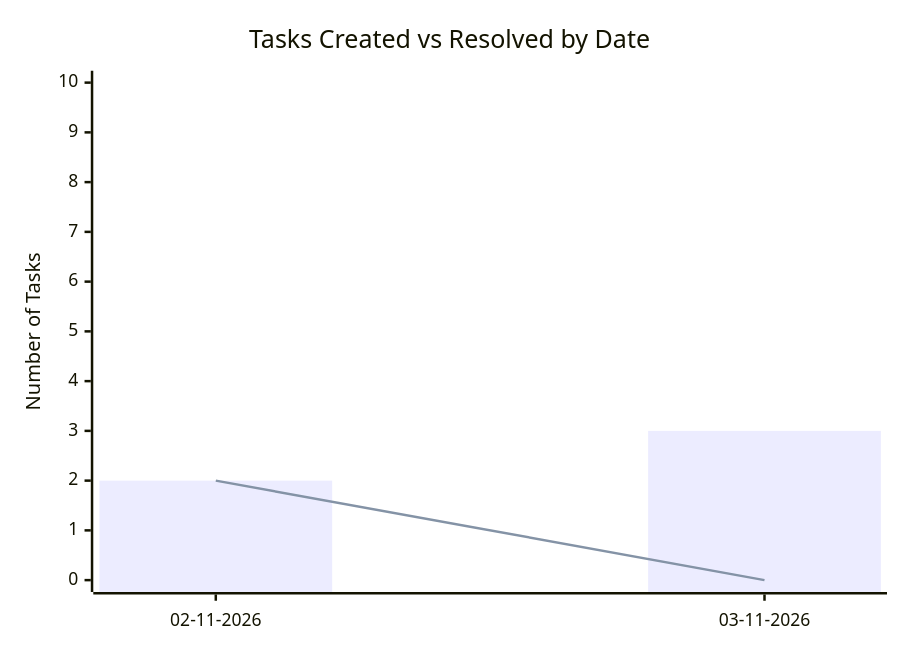
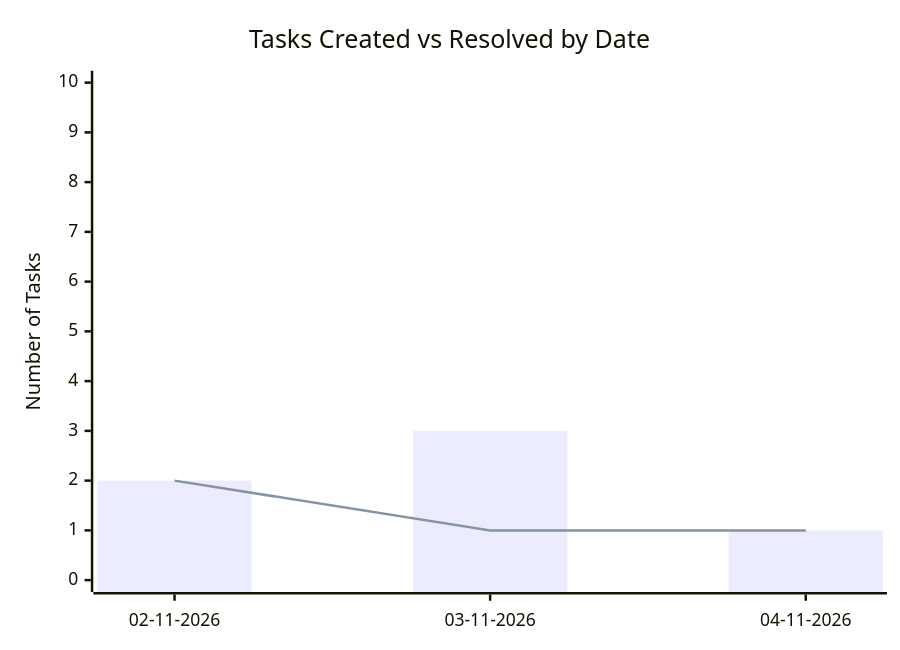
One commit to sagarms97/MyWorkDairy changed the second of 2 diagrams in KUD/Analytics.md. Above: the diagram before and after it, drawn with Mermaid. The commit also changed other lines of this file and 7 other files, not shown here.

````diff
--- a/KUD/Analytics.md
+++ b/KUD/Analytics.md
@@ -25,8 +26,8 @@
 ```mermaid
 xychart-beta
     title "Tasks Created vs Resolved by Date"
-    x-axis ["02-11-2026", "03-11-2026"]
+    x-axis ["02-11-2026", "03-11-2026", "04-11-2026"]
     y-axis "Number of Tasks" 0 --> 10
-    bar [2, 3]
-    line [2, 0]
+    bar [2, 3, 1]
+    line [2, 1, 1]
 ```
````
